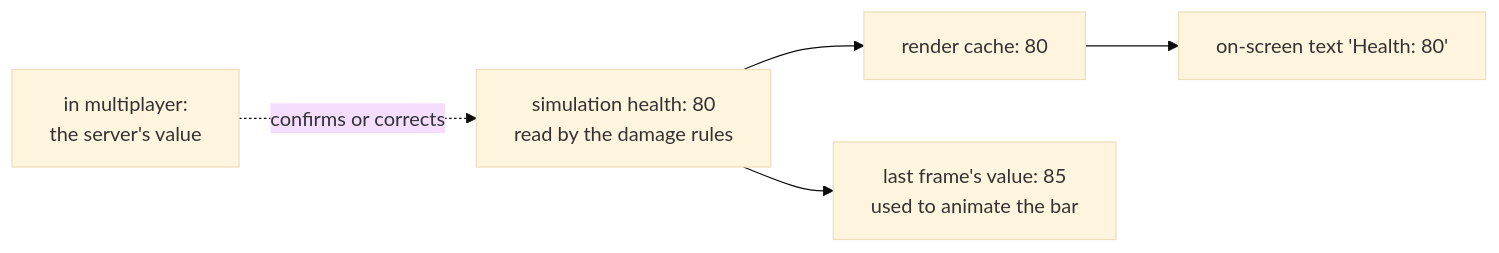
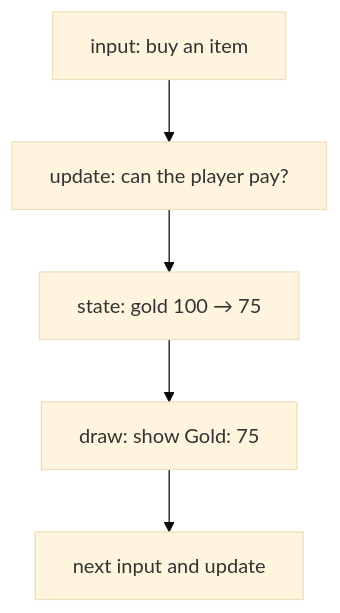
Before and after one commit to MustCodeAl/rust-game-hacking-book: the first of 3 diagrams in site/src/content/docs/pages/1/04.mdx, drawn with Mermaid (base theme). The commit also changed other lines of this file and 20 other files, not shown here.

````diff
--- a/site/src/content/docs/pages/1/04.mdx
+++ b/site/src/content/docs/pages/1/04.mdx
@@ -182,7 +27,7 @@
 ```mermaid
-flowchart LR
-    S["simulation health: 80<br/>read by the damage rules"] --> C["render cache: 80"]
-    C --> T["on-screen text 'Health: 80'"]
-    S --> A["last frame's value: 85<br/>used to animate the bar"]
-    N["in multiplayer:<br/>the server's value"] -.->|"confirms or corrects"| S
+flowchart TD
+    I["input: buy an item"] --> R["update: can the player pay?"]
+    R --> S["state: gold 100 → 75"]
+    S --> D["draw: show Gold: 75"]
+    D --> N["next input and update"]
 ```
````
